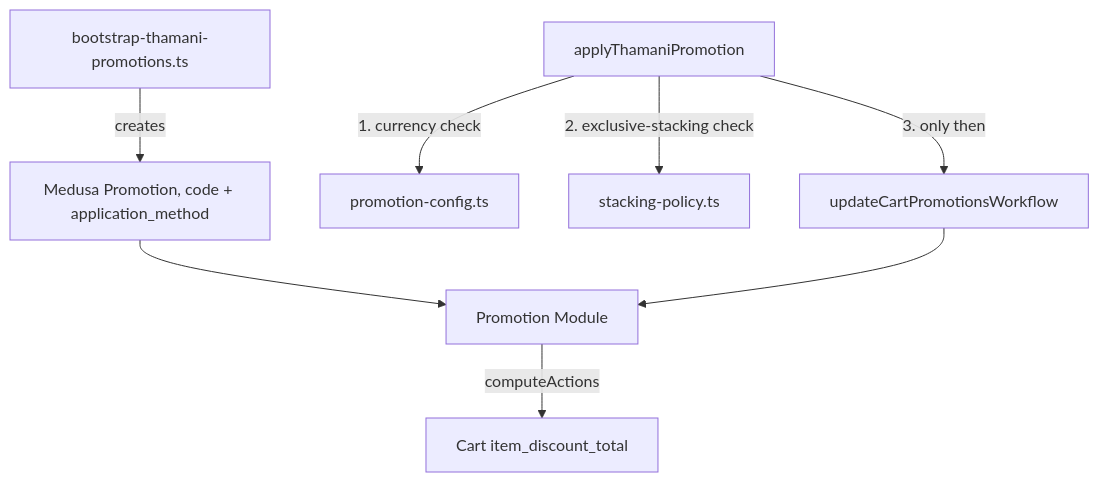
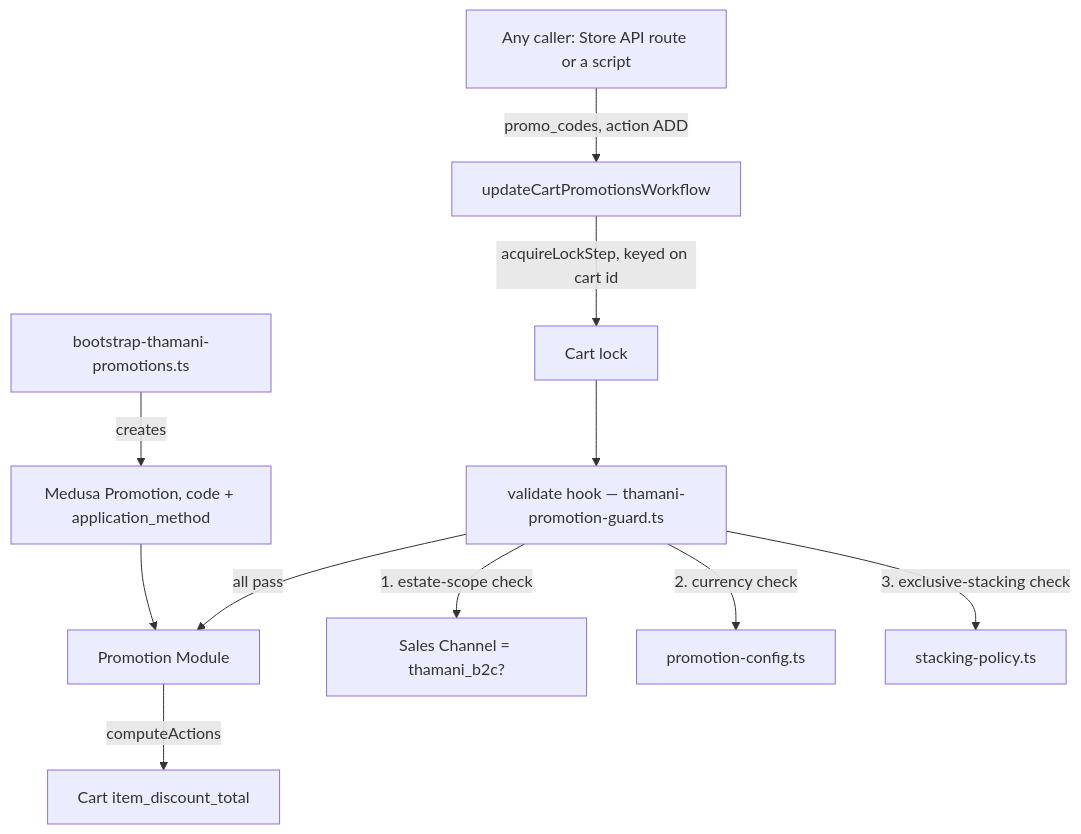
Before and after one commit to nabhold/baobab-trade: the diagram in docs/architecture/thamani-promotions.md, drawn with Mermaid. The commit also changed other lines of this file and 7 other files, not shown here.

First line of the commit message:
fix(thamani): enforce promotion policies via workflow hook, not a bypassable wrapper

````diff
--- a/docs/architecture/thamani-promotions.md
+++ b/docs/architecture/thamani-promotions.md
@@ -25,10 +25,13 @@
 ```mermaid
 flowchart TD
   BP[bootstrap-thamani-promotions.ts] -->|creates| PR[Medusa Promotion, code + application_method]
   PR --> PM[Promotion Module]
-  APPLY[applyThamaniPromotion] -->|1. currency check| CFG[promotion-config.ts]
-  APPLY -->|2. exclusive-stacking check| STK[stacking-policy.ts]
-  APPLY -->|3. only then| UCW[updateCartPromotionsWorkflow]
-  UCW --> PM
+  CALLER[Any caller: Store API route or a script] -->|promo_codes, action ADD| UCW[updateCartPromotionsWorkflow]
+  UCW -->|acquireLockStep, keyed on cart id| LOCK[Cart lock]
+  LOCK --> HOOK["validate hook — thamani-promotion-guard.ts"]
+  HOOK -->|1. estate-scope check| SC[Sales Channel = thamani_b2c?]
+  HOOK -->|2. currency check| CFG[promotion-config.ts]
+  HOOK -->|3. exclusive-stacking check| STK[stacking-policy.ts]
+  HOOK -->|all pass| PM
   PM -->|computeActions| CART[Cart item_discount_total]
 ```
````
